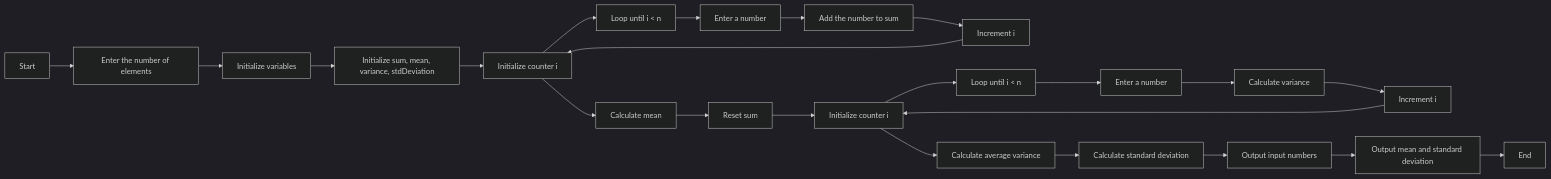
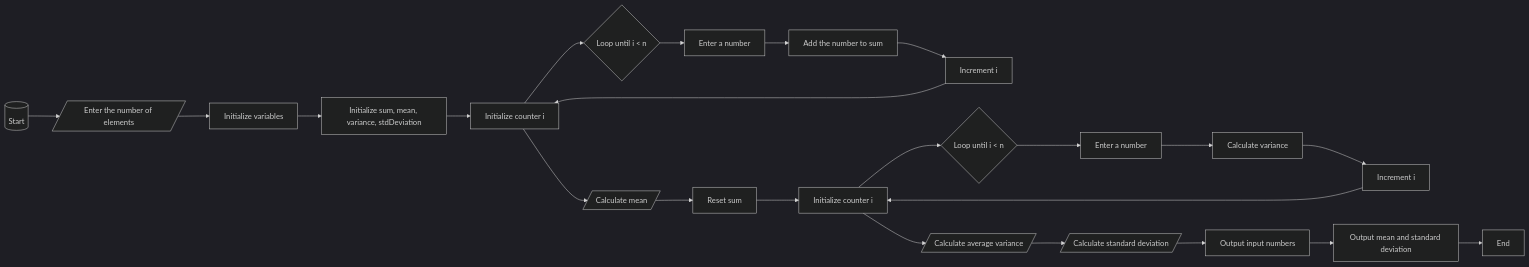
One commit to Robelermiyas/mermain-practicies changed the diagram in readme.md. Above: the diagram before and after it, drawn with Mermaid (dark theme).

````diff
--- a/readme.md
+++ b/readme.md
@@ -1,34 +1,34 @@
 ```mermaid
 
 graph LR
-A[Start] --> B[Enter the number of elements]
+A[(Start)] --> B[/Enter the number of elements/]
 B --> C[Initialize variables]
 C --> D[Initialize sum, mean, variance, stdDeviation]
 D --> E[Initialize counter i]
-E --> F[Loop until i < n]
+E --> F{Loop until i < n}
 F --> G[Enter a number]
 G --> H[Add the number to sum]
 H --> I[Increment i]
 I --> E
-E --> J[Calculate mean]
+E --> J[/Calculate mean/]
 J --> K[Reset sum]
 K --> L[Initialize counter i]
-L --> M[Loop until i < n]
+L --> M{Loop until i < n}
 M --> N[Enter a number]
 N --> O[Calculate variance]
 O --> P[Increment i]
 P --> L
-L --> Q[Calculate average variance]
-Q --> R[Calculate standard deviation]
+L --> Q[/Calculate average variance/]
+Q --> R[/Calculate standard deviation/]
 R --> S[Output input numbers]
 S --> T[Output mean and standard deviation]
 T --> U[End]
 
 
 
 
 
 
 
 
 ``` 
````
